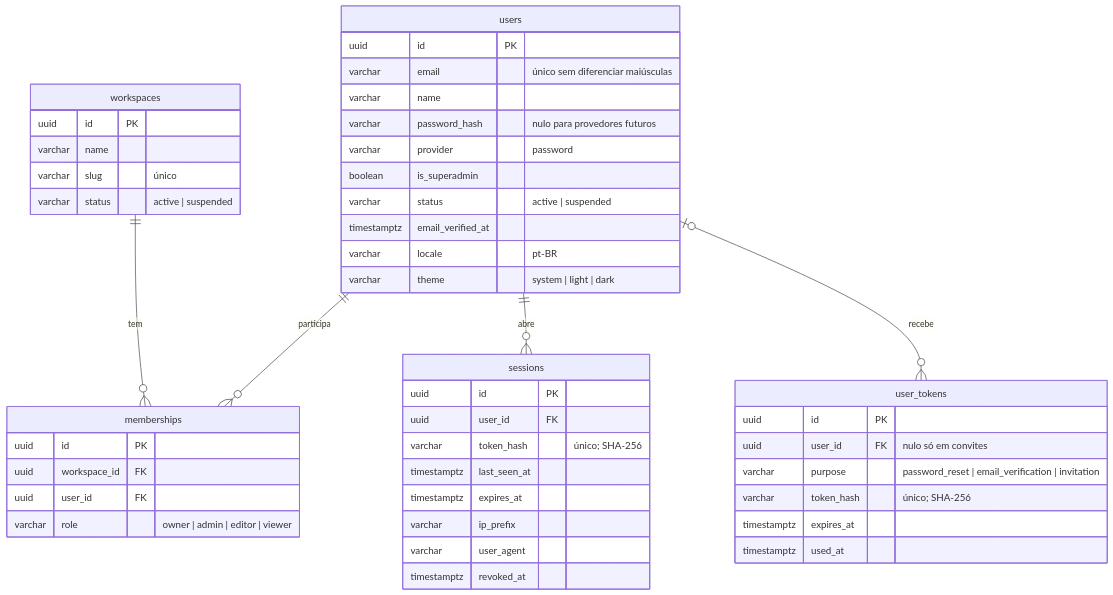
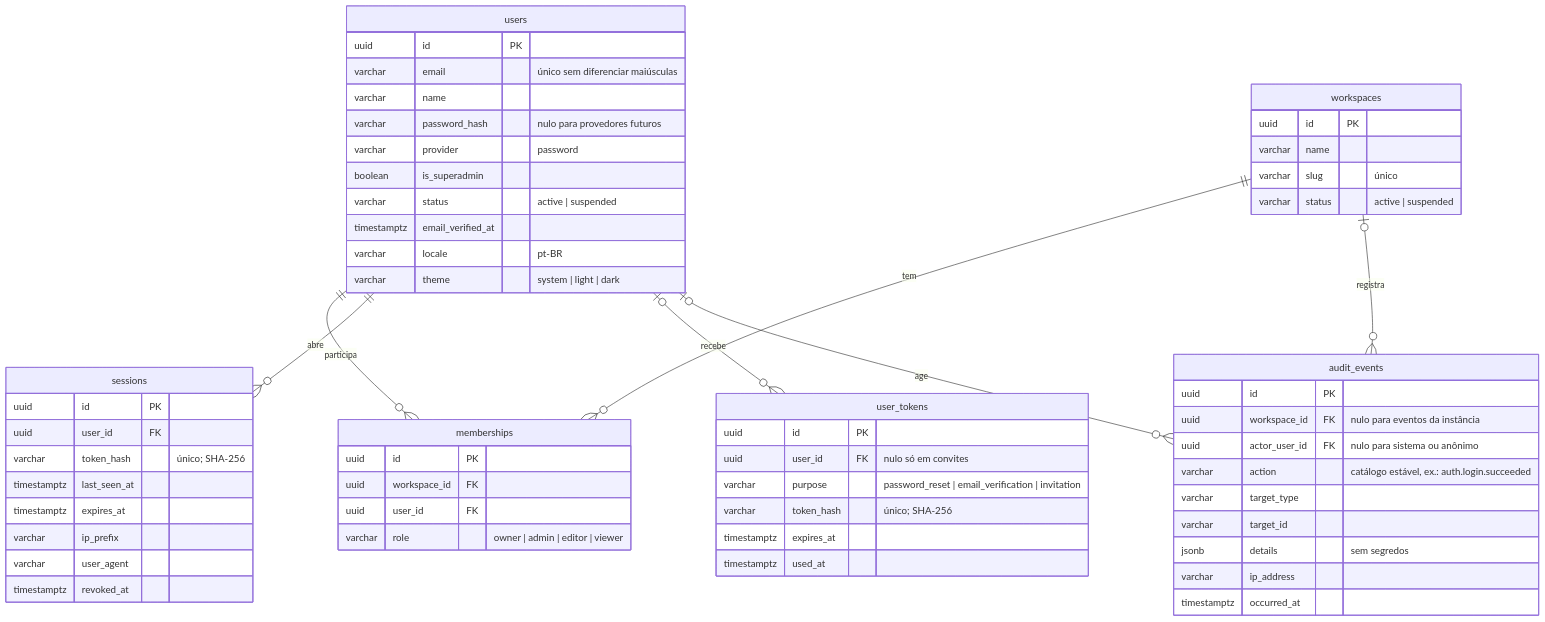
Before and after one commit to marcos14/KnoBridge: the diagram in docs/specs/modelo-de-dados.md, drawn with Mermaid. The commit also changed other lines of this file and 20 other files, not shown here.

````diff
--- a/docs/specs/modelo-de-dados.md
+++ b/docs/specs/modelo-de-dados.md
@@ -27,49 +27,62 @@
 ```mermaid
 erDiagram
     users ||--o{ memberships : "participa"
     workspaces ||--o{ memberships : "tem"
     users ||--o{ sessions : "abre"
     users |o--o{ user_tokens : "recebe"
+    workspaces |o--o{ audit_events : "registra"
+    users |o--o{ audit_events : "age"
     users {
         uuid id PK
         varchar email "único sem diferenciar maiúsculas"
         varchar name
         varchar password_hash "nulo para provedores futuros"
         varchar provider "password"
         boolean is_superadmin
         varchar status "active | suspended"
         timestamptz email_verified_at
         varchar locale "pt-BR"
         varchar theme "system | light | dark"
     }
     workspaces {
         uuid id PK
         varchar name
         varchar slug "único"
         varchar status "active | suspended"
     }
     memberships {
         uuid id PK
         uuid workspace_id FK
         uuid user_id FK
         varchar role "owner | admin | editor | viewer"
     }
     sessions {
         uuid id PK
         uuid user_id FK
         varchar token_hash "único; SHA-256"
         timestamptz last_seen_at
         timestamptz expires_at
         varchar ip_prefix
         varchar user_agent
         timestamptz revoked_at
     }
     user_tokens {
         uuid id PK
         uuid user_id FK "nulo só em convites"
         varchar purpose "password_reset | email_verification | invitation"
         varchar token_hash "único; SHA-256"
         timestamptz expires_at
         timestamptz used_at
     }
+    audit_events {
+        uuid id PK
+        uuid workspace_id FK "nulo para eventos da instância"
+        uuid actor_user_id FK "nulo para sistema ou anônimo"
+        varchar action "catálogo estável, ex.: auth.login.succeeded"
+        varchar target_type
+        varchar target_id
+        jsonb details "sem segredos"
+        varchar ip_address
+        timestamptz occurred_at
+    }
 ```
````
